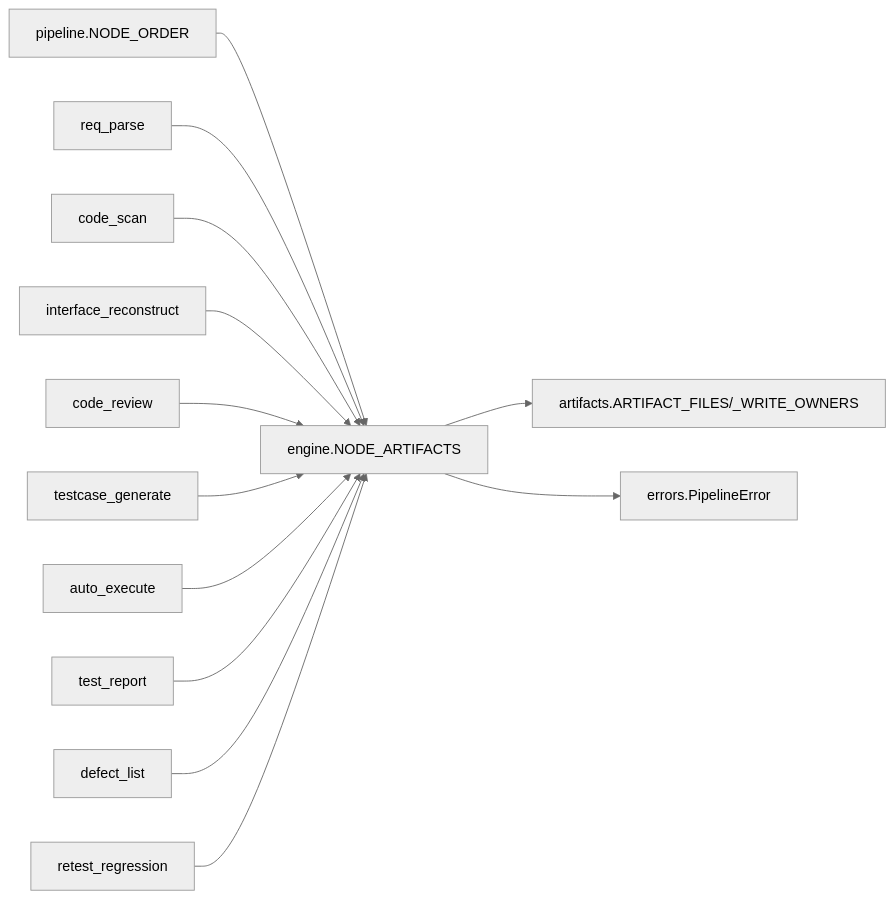
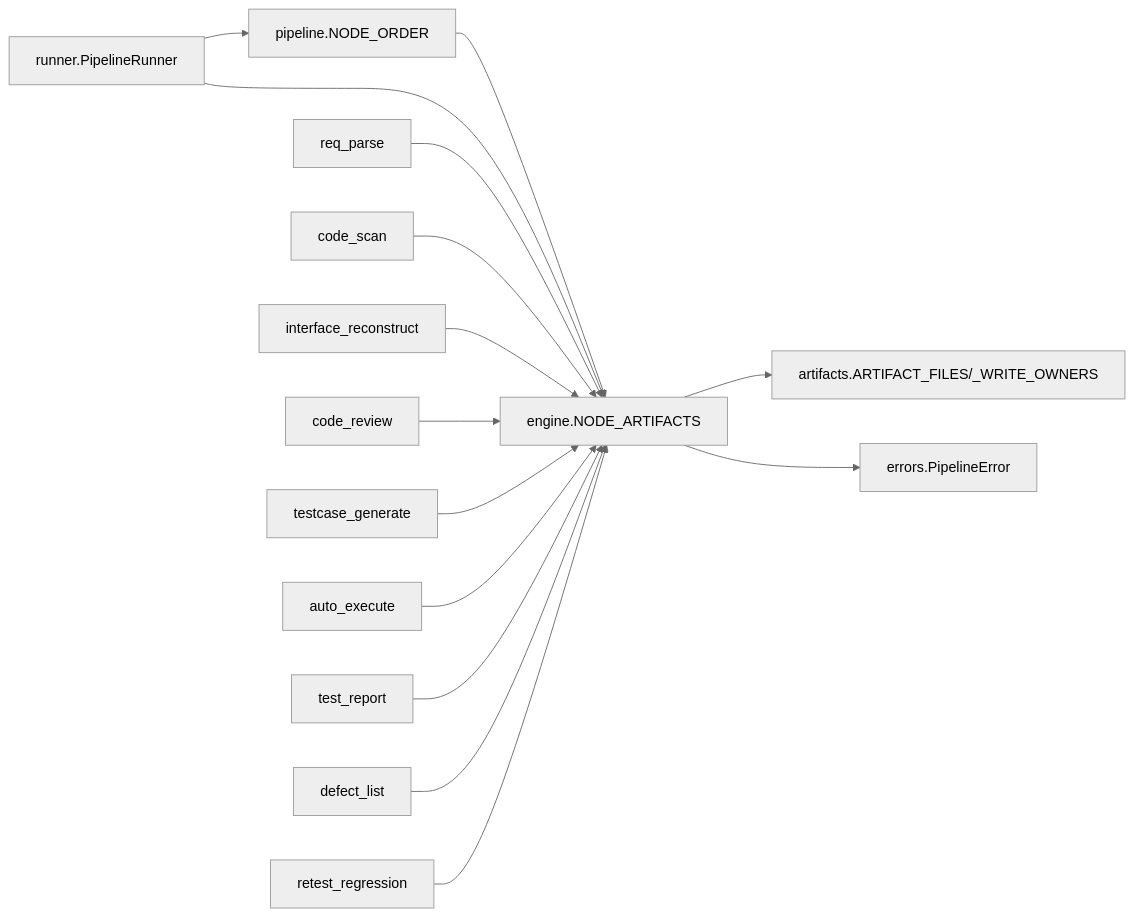
Before and after one commit to Joeyzheng001/LLM-AutoTest: the fifth of 5 diagrams in .qoder/repowiki/zh/content/流水线工作流/流水线工作流.md, drawn with Mermaid (neutral theme). The commit also changed other lines of this file and 94 other files, not shown here.

````diff
--- a/.qoder/repowiki/zh/content/流水线工作流/流水线工作流.md
+++ b/.qoder/repowiki/zh/content/流水线工作流/流水线工作流.md
@@ -316,15 +364,17 @@
 ```mermaid
 graph LR
 P["pipeline.NODE_ORDER"] --> E["engine.NODE_ARTIFACTS"]
 E --> A["artifacts.ARTIFACT_FILES/_WRITE_OWNERS"]
 E --> ER["errors.PipelineError"]
+R["runner.PipelineRunner"] --> P
+R --> E
 N1["req_parse"] --> E
 N2["code_scan"] --> E
 N3["interface_reconstruct"] --> E
 N4["code_review"] --> E
 N5["testcase_generate"] --> E
 N6["auto_execute"] --> E
 N7["test_report"] --> E
 N8["defect_list"] --> E
 N9["retest_regression"] --> E
 ```
````
